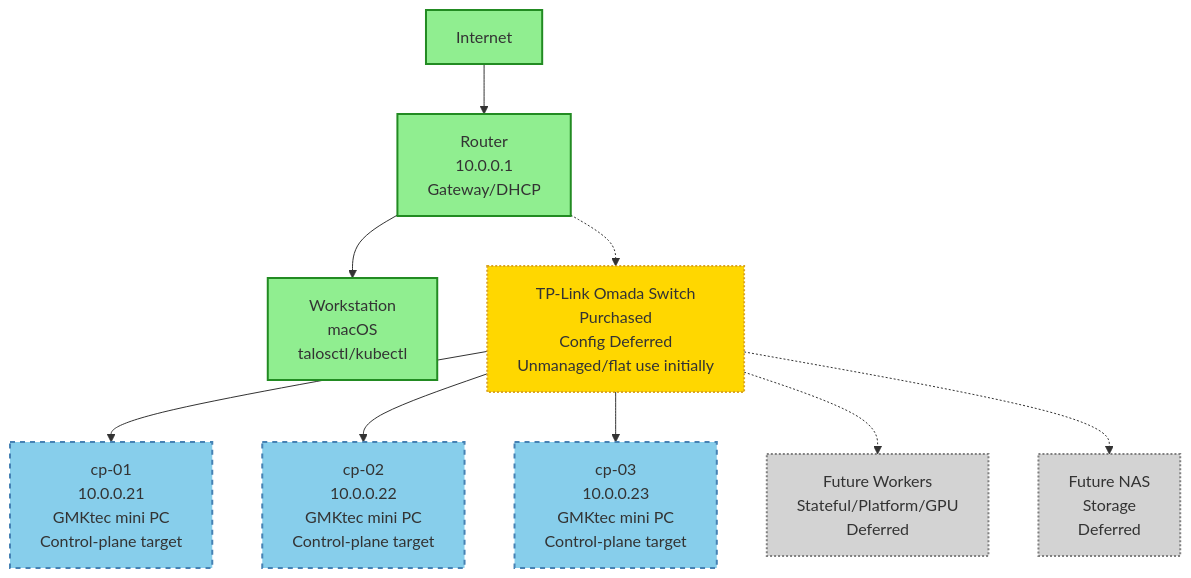
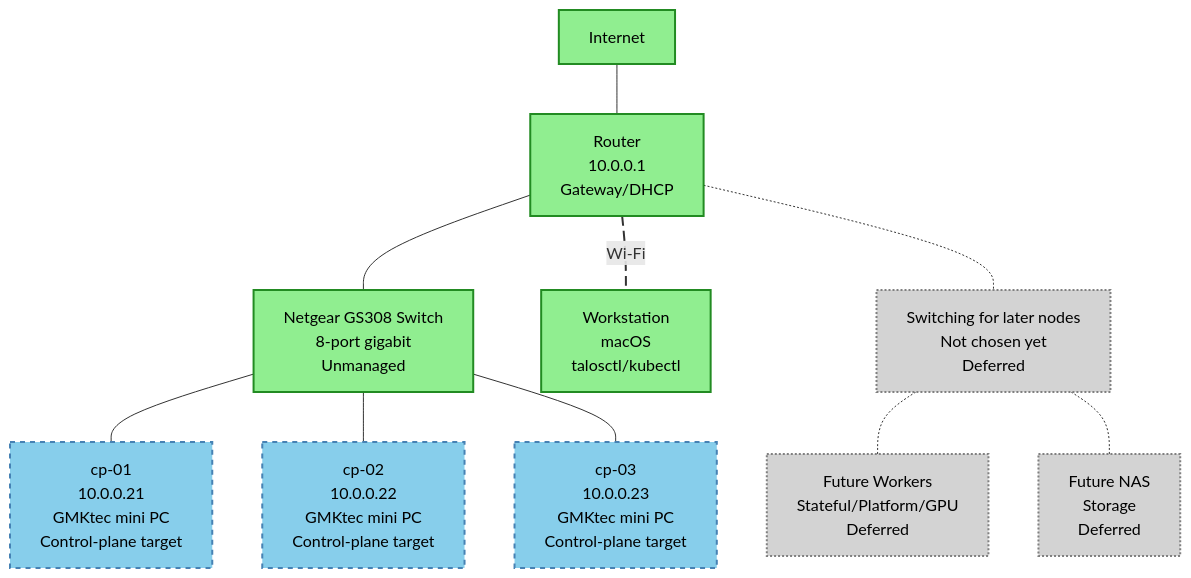
One commit to Okja-Engineering/home-lab changed the diagram in diagrams/physical-topology.md. Above: the diagram before and after it, drawn with Mermaid. The commit also changed other lines of this file and 8 other files, not shown here.

````diff
--- a/diagrams/physical-topology.md
+++ b/diagrams/physical-topology.md
@@ -12,31 +19,34 @@
 ```mermaid
 graph TB
     Internet[Internet]
     Router[Router<br/>10.0.0.1<br/>Gateway/DHCP]
+    Switch[Netgear GS308 Switch<br/>8-port gigabit<br/>Unmanaged]
     Workstation[Workstation<br/>macOS<br/>talosctl/kubectl]
-    Switch[TP-Link Omada Switch<br/>Purchased<br/>Config Deferred<br/>Unmanaged/flat use initially]
     cp01[cp-01<br/>10.0.0.21<br/>GMKtec mini PC<br/>Control-plane target]
     cp02[cp-02<br/>10.0.0.22<br/>GMKtec mini PC<br/>Control-plane target]
     cp03[cp-03<br/>10.0.0.23<br/>GMKtec mini PC<br/>Control-plane target]
+    FutureSwitching[Switching for later nodes<br/>Not chosen yet<br/>Deferred]
     FutureWorkers[Future Workers<br/>Stateful/Platform/GPU<br/>Deferred]
     FutureNAS[Future NAS<br/>Storage<br/>Deferred]
 
-    Internet --> Router
-    Router --> Workstation
-    Router -.-> Switch
-    Switch --> cp01
-    Switch --> cp02
-    Switch --> cp03
-    Switch -.-> FutureWorkers
-    Switch -.-> FutureNAS
+    Internet --- Router
+    Router --- Switch
+    Router ---|Wi-Fi| Workstation
+    Switch --- cp01
+    Switch --- cp02
+    Switch --- cp03
+    Router -.- FutureSwitching
+    FutureSwitching -.- FutureWorkers
+    FutureSwitching -.- FutureNAS
 
-    classDef current fill:#90EE90,stroke:#228B22,stroke-width:2px
-    classDef target fill:#87CEEB,stroke:#4682B4,stroke-width:2px,stroke-dasharray: 5 5
-    classDef deferred fill:#FFD700,stroke:#DAA520,stroke-width:2px,stroke-dasharray: 2 2
-    classDef future fill:#D3D3D3,stroke:#808080,stroke-width:2px,stroke-dasharray: 2 2
+    %% Links are numbered from 0 in the order written above: link 2 is the Wi-Fi link
+    linkStyle 2 stroke-dasharray: 10 5,stroke-width:2px
 
-    class Internet,Router,Workstation current
+    classDef current fill:#90EE90,stroke:#228B22,stroke-width:2px,color:#000
+    classDef target fill:#87CEEB,stroke:#4682B4,stroke-width:2px,stroke-dasharray: 5 5,color:#000
+    classDef future fill:#D3D3D3,stroke:#808080,stroke-width:2px,stroke-dasharray: 2 2,color:#000
+
+    class Internet,Router,Switch,Workstation current
     class cp01,cp02,cp03 target
-    class Switch deferred
-    class FutureWorkers,FutureNAS future
+    class FutureSwitching,FutureWorkers,FutureNAS future
 ```
````
